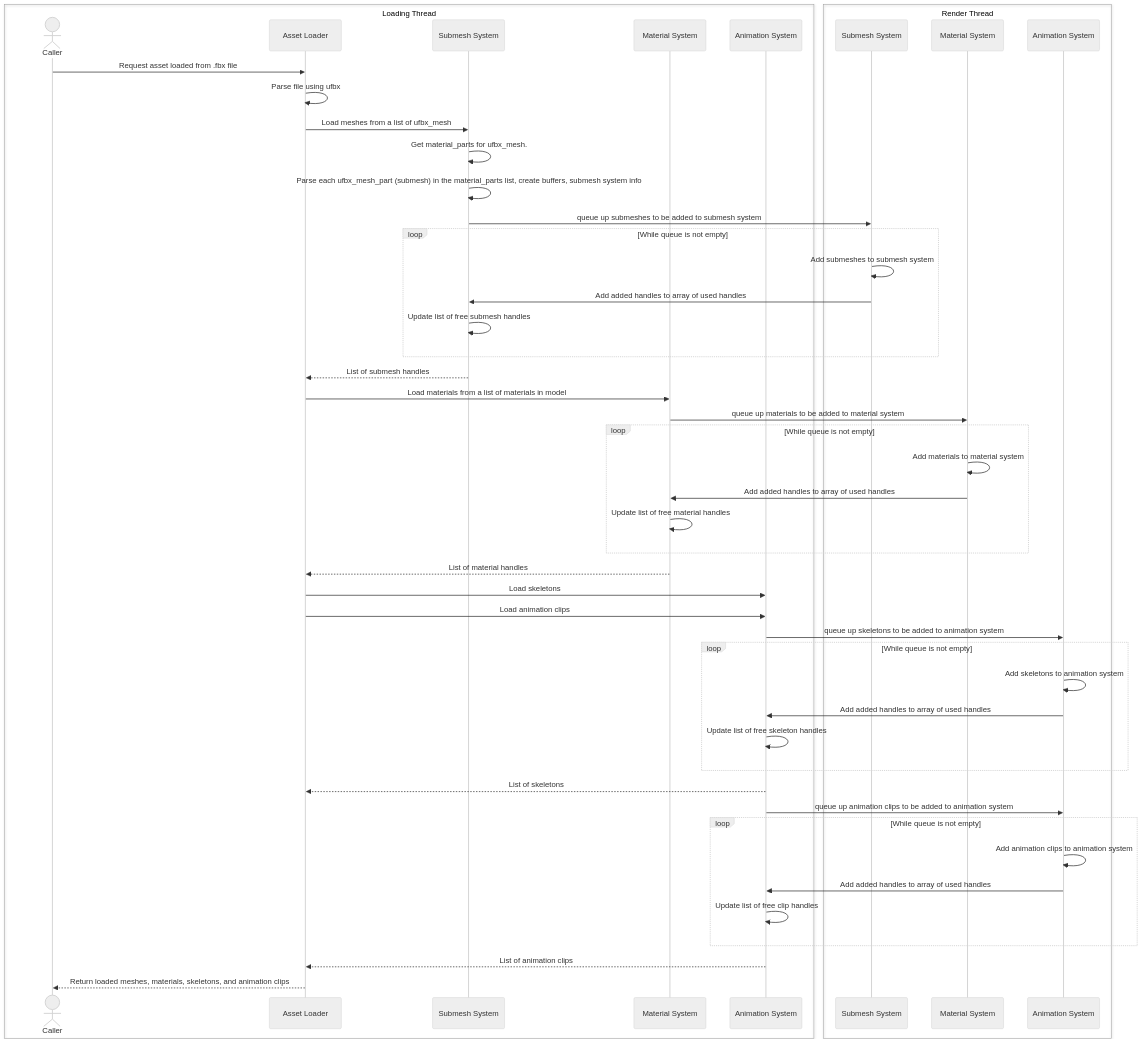
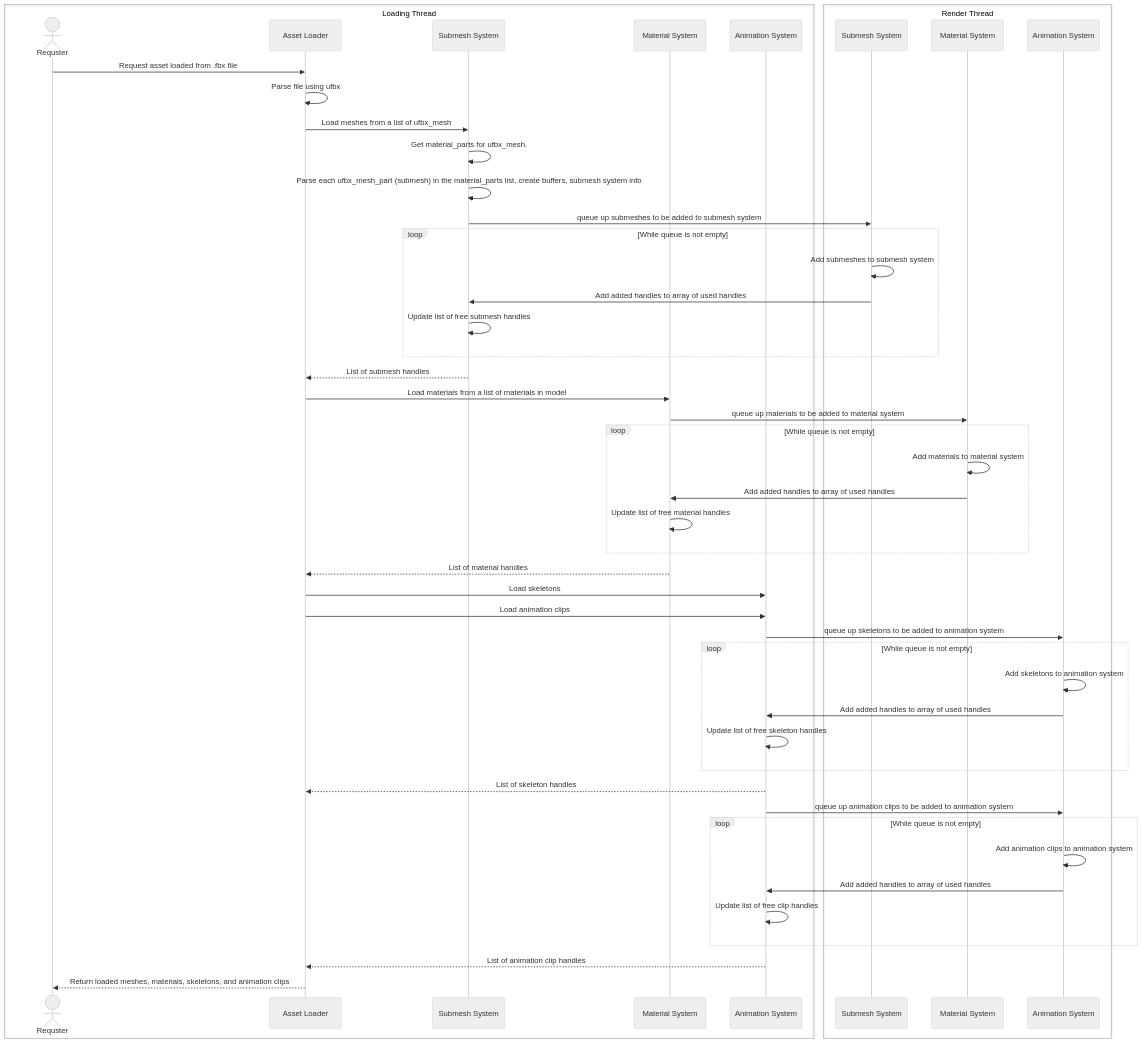
The second of 2 diagrams in docs/asset_loading.md (Deco-Org/Deco-Rendering-Engine), drawn with Mermaid (neutral theme) before and after one commit.

Commit message:
Minor adjustments to sequence diagram in asset_loading.md

````diff
--- a/docs/asset_loading.md
+++ b/docs/asset_loading.md
@@ -26,58 +26,58 @@
 ```mermaid
 sequenceDiagram
 
 box Loading Thread
-    actor caller as Caller
+    actor caller as Requster
     participant assetLoader as Asset Loader
     participant submeshSystem as Submesh System
     participant materialSystem as Material System
     participant animationSystem as Animation System
 end
 box Render Thread
     participant submeshSystemRenderT as Submesh System
     participant materialSystemRenderT as Material System
     participant animationSystemRenderT as Animation System
 end
 
 caller ->> assetLoader: Request asset loaded from .fbx file
 assetLoader ->> assetLoader: Parse file using ufbx
 
 assetLoader ->> submeshSystem: Load meshes from a list of ufbx_mesh
 submeshSystem ->> submeshSystem: Get material_parts for ufbx_mesh.
 submeshSystem ->> submeshSystem: Parse each ufbx_mesh_part (submesh) in the material_parts list, create buffers, submesh system info
 submeshSystem ->> submeshSystemRenderT: queue up submeshes to be added to submesh system
 loop While queue is not empty
     submeshSystemRenderT ->> submeshSystemRenderT: Add submeshes to submesh system
     submeshSystemRenderT ->> submeshSystem: Add added handles to array of used handles
     submeshSystem ->> submeshSystem: Update list of free submesh handles
 end
 submeshSystem -->> assetLoader: List of submesh handles
 
 assetLoader ->> materialSystem: Load materials from a list of materials in model
 materialSystem ->> materialSystemRenderT: queue up materials to be added to material system
 loop While queue is not empty
     materialSystemRenderT ->> materialSystemRenderT: Add materials to material system
     materialSystemRenderT ->> materialSystem: Add added handles to array of used handles
     materialSystem ->> materialSystem: Update list of free material handles
 end
 materialSystem -->> assetLoader: List of material handles
 
 assetLoader ->> animationSystem: Load skeletons
 assetLoader ->> animationSystem: Load animation clips
 animationSystem ->> animationSystemRenderT: queue up skeletons to be added to animation system
 loop While queue is not empty
     animationSystemRenderT ->> animationSystemRenderT: Add skeletons to animation system
     animationSystemRenderT ->> animationSystem: Add added handles to array of used handles
     animationSystem ->> animationSystem: Update list of free skeleton handles
 end
-animationSystem -->> assetLoader: List of skeletons
+animationSystem -->> assetLoader: List of skeleton handles
 animationSystem ->> animationSystemRenderT: queue up animation clips to be added to animation system
 loop While queue is not empty
     animationSystemRenderT ->> animationSystemRenderT: Add animation clips to animation system
     animationSystemRenderT ->> animationSystem: Add added handles to array of used handles
     animationSystem ->> animationSystem: Update list of free clip handles
 end
-animationSystem -->> assetLoader: List of animation clips
+animationSystem -->> assetLoader: List of animation clip handles
 
 assetLoader -->> caller: Return loaded meshes, materials, skeletons, and animation clips
 ```
````
